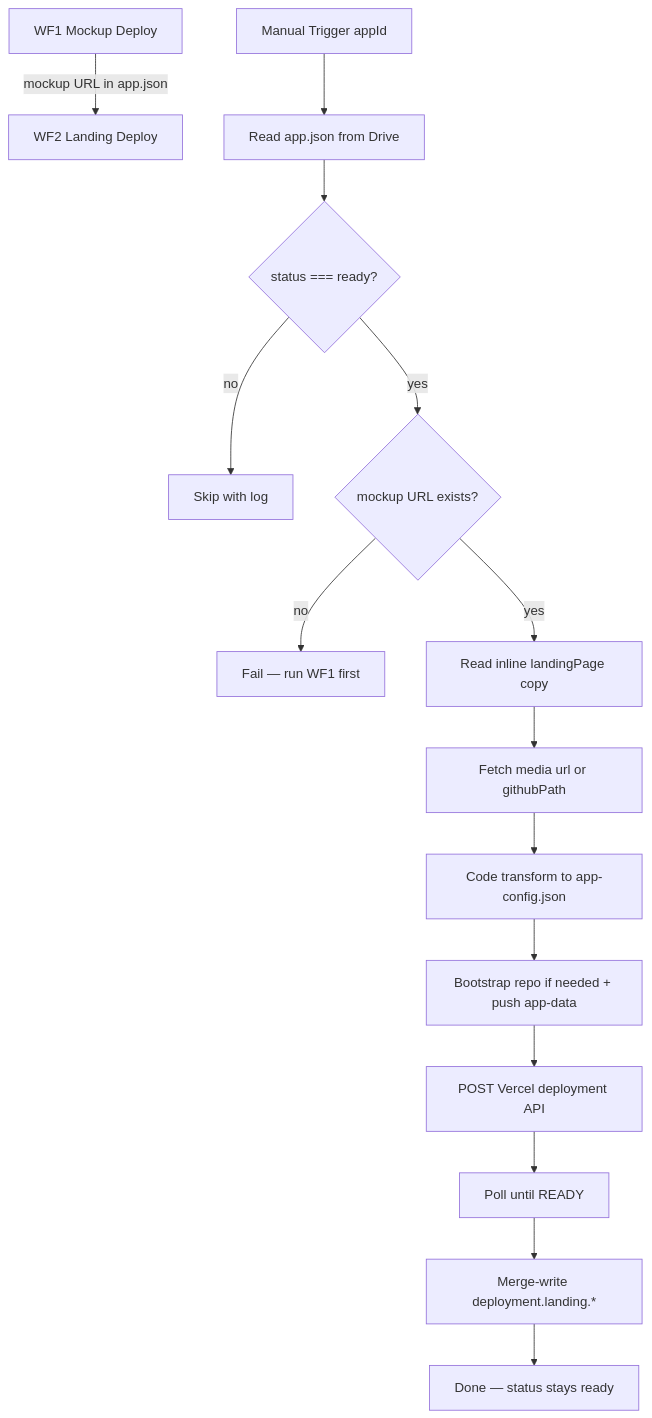
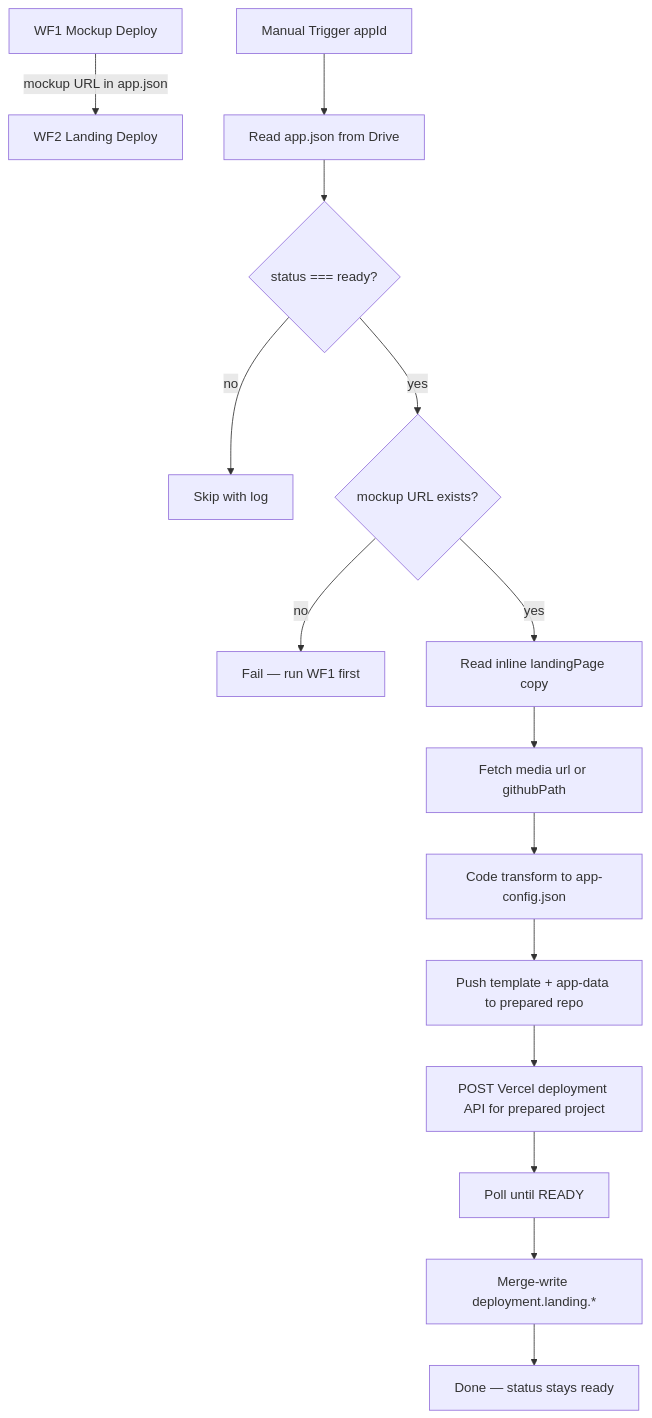
One commit to scootero/App-Validation-System changed the first of 2 diagrams in n8n-workflows/WF2-LANDING-DEPLOY-PIPELINE-BLUEPRINT.md. Above: the diagram before and after it, drawn with Mermaid. The commit also changed other lines of this file and 52 other files, not shown here.

````diff
--- a/n8n-workflows/WF2-LANDING-DEPLOY-PIPELINE-BLUEPRINT.md
+++ b/n8n-workflows/WF2-LANDING-DEPLOY-PIPELINE-BLUEPRINT.md
@@ -179,17 +181,17 @@
 ```mermaid
 flowchart TD
   WF1[WF1 Mockup Deploy] -->|mockup URL in app.json| WF2[WF2 Landing Deploy]
   T[Manual Trigger appId] --> R[Read app.json from Drive]
   R --> G1{status === ready?}
   G1 -->|no| SKIP[Skip with log]
   G1 -->|yes| G2{mockup URL exists?}
   G2 -->|no| ERR1[Fail — run WF1 first]
   G2 -->|yes| COPY[Read inline landingPage copy]
   COPY --> MEDIA[Fetch media url or githubPath]
   MEDIA --> XFORM[Code transform to app-config.json]
-  XFORM --> GH[Bootstrap repo if needed + push app-data]
-  GH --> VC[POST Vercel deployment API]
+  XFORM --> GH[Push template + app-data to prepared repo]
+  GH --> VC[POST Vercel deployment API for prepared project]
   VC --> POLL[Poll until READY]
   POLL --> WB[Merge-write deployment.landing.*]
   WB --> DONE[Done — status stays ready]
 ```
````
